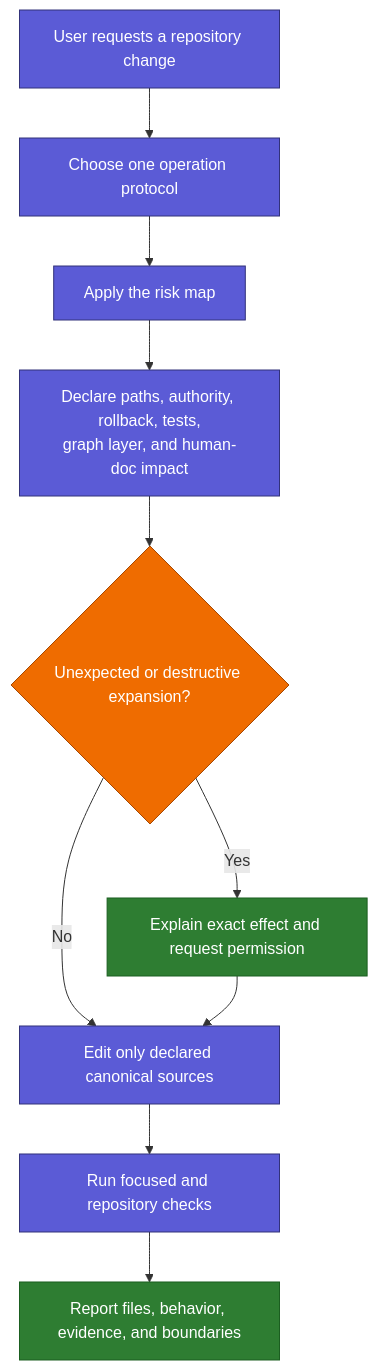
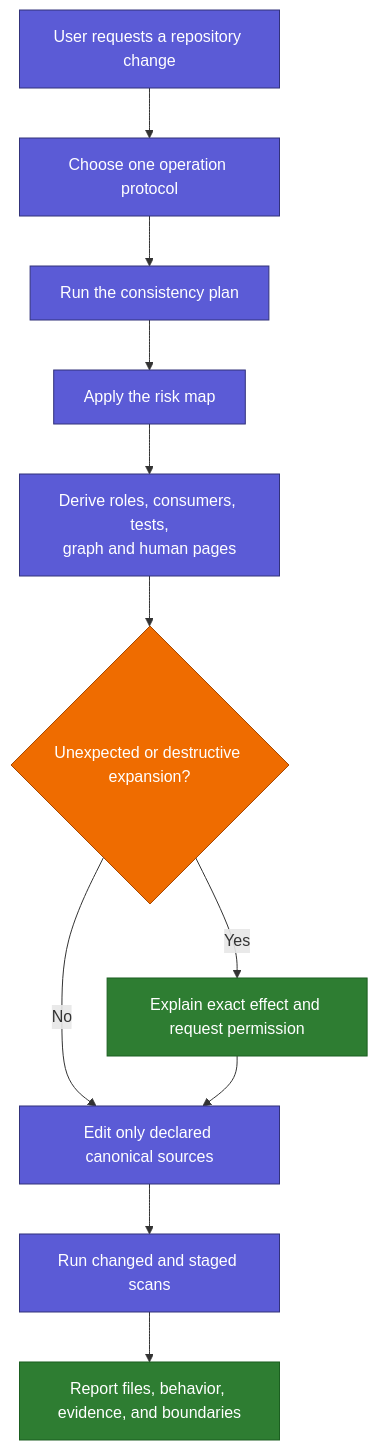
One commit to geekybobz/skills_ai changed the first of 2 diagrams in docs/human/04_SAFE_CHANGES.md. Above: the diagram before and after it, drawn with Mermaid. The commit also changed other lines of this file and 36 other files, not shown here.

````diff
--- a/docs/human/04_SAFE_CHANGES.md
+++ b/docs/human/04_SAFE_CHANGES.md
@@ -13,19 +16,20 @@
 ```mermaid
 flowchart TD
     U["User requests a repository change"] --> OP["Choose one operation protocol"]
-    OP --> RISK["Apply the risk map"]
-    RISK --> PACKET["Declare paths, authority, rollback, tests,<br/>graph layer, and human-doc impact"]
+    OP --> PLAN["Run the consistency plan"]
+    PLAN --> RISK["Apply the risk map"]
+    RISK --> PACKET["Derive roles, consumers, tests,<br/>graph and human pages"]
     PACKET --> SCOPE{"Unexpected or destructive expansion?"}
     SCOPE -- "Yes" --> ASK["Explain exact effect and request permission"]
     SCOPE -- "No" --> WORK["Edit only declared canonical sources"]
     ASK --> WORK
-    WORK --> CHECK["Run focused and repository checks"]
+    WORK --> CHECK["Run changed and staged scans"]
     CHECK --> REPORT["Report files, behavior, evidence, and boundaries"]
 
     classDef action fill:#5B5BD6,color:#fff,stroke:#32327A
     classDef decision fill:#EF6C00,color:#fff,stroke:#A64700
     classDef safe fill:#2E7D32,color:#fff,stroke:#1B5E20
-    class U,OP,RISK,PACKET,WORK,CHECK action
+    class U,OP,PLAN,RISK,PACKET,WORK,CHECK action
     class SCOPE decision
     class ASK,REPORT safe
 ```
````
